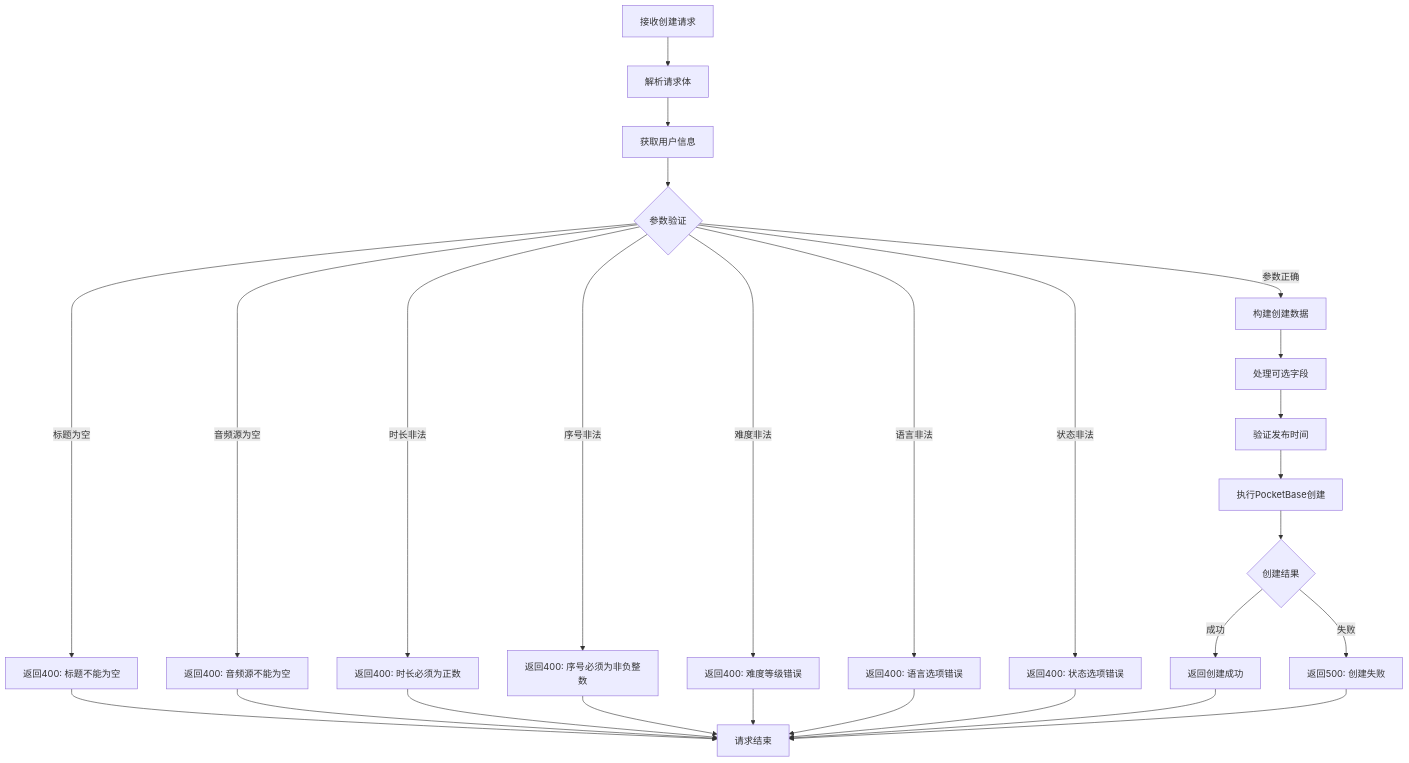
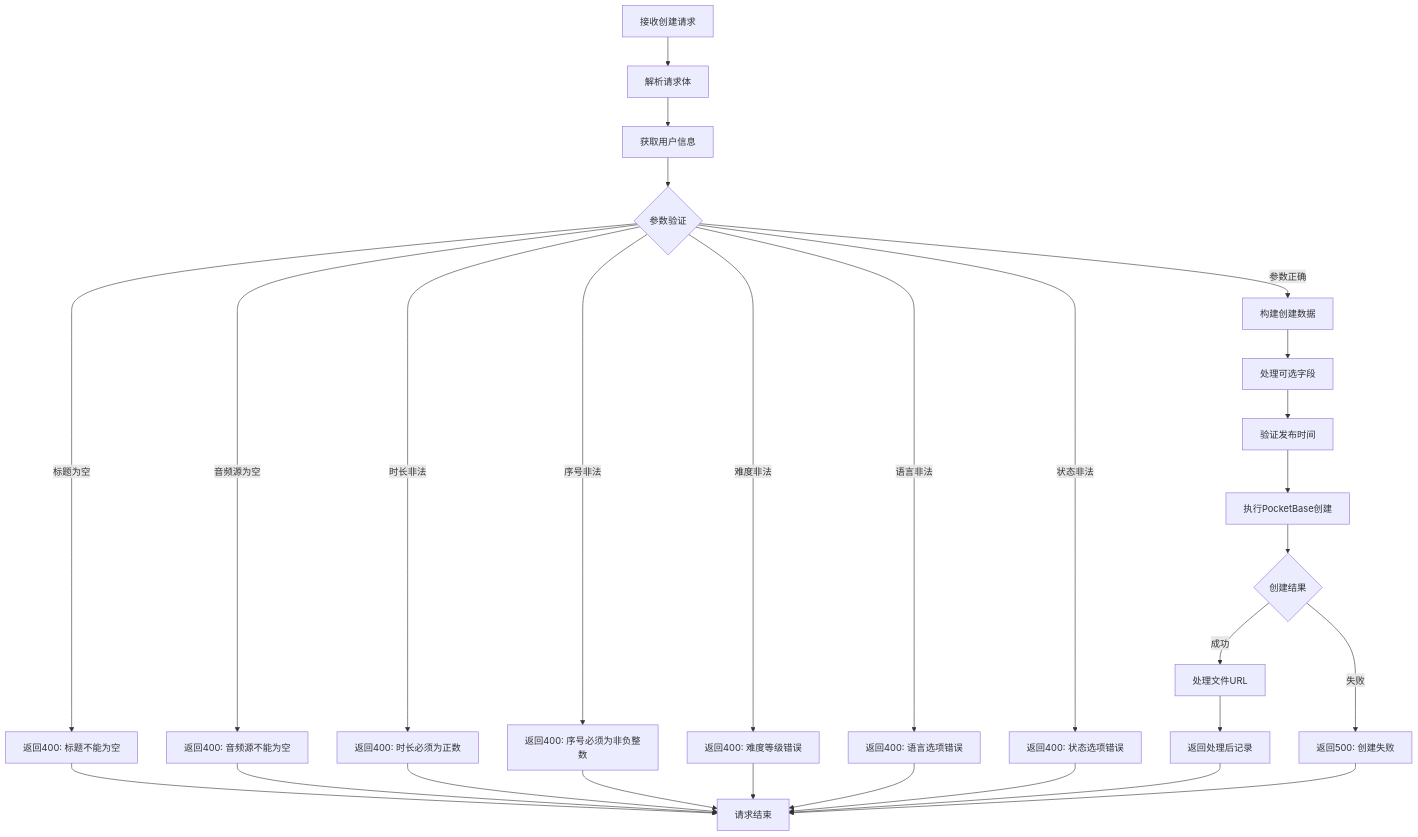
The diagram in ikanyue.mapi.hono/src/routes/audioMaterial/create.js.md (imatrixme/ikanyue), drawn with Mermaid before and after one commit. The commit also changed other lines of this file and 6 other files, not shown here.

````diff
--- a/ikanyue.mapi.hono/src/routes/audioMaterial/create.js.md
+++ b/ikanyue.mapi.hono/src/routes/audioMaterial/create.js.md
@@ -9,29 +9,30 @@
 ```mermaid
 flowchart TD
     A[接收创建请求] --> B[解析请求体]
     B --> C[获取用户信息]
     C --> D{参数验证}
     D -->|标题为空| E[返回400: 标题不能为空]
     D -->|音频源为空| F[返回400: 音频源不能为空]
     D -->|时长非法| G[返回400: 时长必须为正数]
     D -->|序号非法| H[返回400: 序号必须为非负整数]
     D -->|难度非法| I[返回400: 难度等级错误]
     D -->|语言非法| J[返回400: 语言选项错误]
     D -->|状态非法| K[返回400: 状态选项错误]
     D -->|参数正确| L[构建创建数据]
     L --> M[处理可选字段]
     M --> N[验证发布时间]
     N --> O[执行PocketBase创建]
     O --> P{创建结果}
-    P -->|成功| Q[返回创建成功]
+    P -->|成功| Q[处理文件URL]
     P -->|失败| R[返回500: 创建失败]
-    E --> S[请求结束]
-    F --> S
-    G --> S
-    H --> S
-    I --> S
-    J --> S
-    K --> S
-    Q --> S
-    R --> S
+    Q --> S[返回处理后记录]
+    E --> T[请求结束]
+    F --> T
+    G --> T
+    H --> T
+    I --> T
+    J --> T
+    K --> T
+    S --> T
+    R --> T
 ```
````
